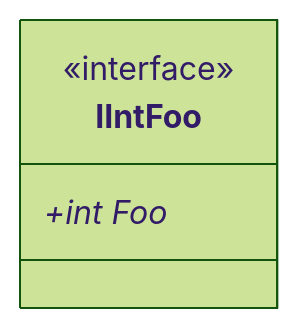
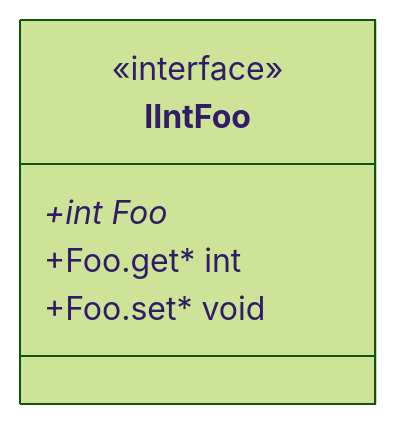
One commit to erichiller/gh-action-cs-metrics changed the sixth of 7 diagrams in test/SampleProject/CODE_METRICS.md. Above: the diagram before and after it, drawn with Mermaid (forest theme). The commit also changed other lines of this file, not shown here.

````diff
--- a/test/SampleProject/CODE_METRICS.md
+++ b/test/SampleProject/CODE_METRICS.md
@@ -301,11 +346,13 @@
 ```mermaid
 %%{init: {
     'fontFamily': 'monospace'
 } }%%
 classDiagram
 class SomeRoot_SampleProject_IIntFoo ["IIntFoo"] {
     <<interface>>
     +int Foo*
+    +Foo.get* int
+    +Foo.set* void
 }
 
 ```
````
